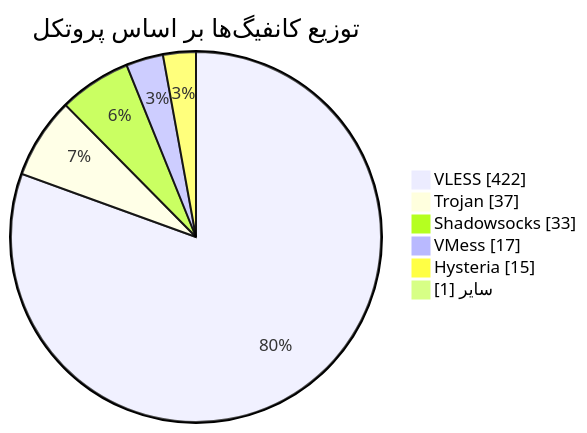
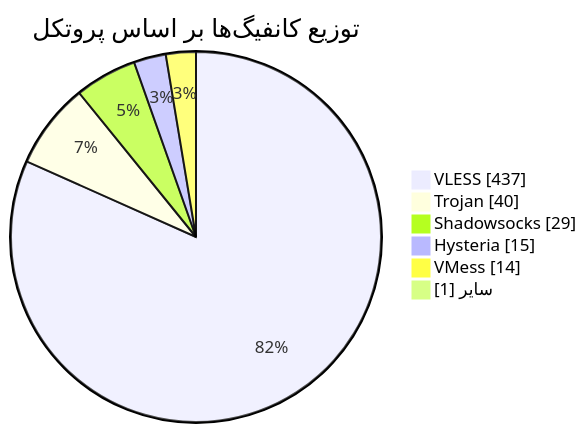
Before and after one commit to Arian-Alijani/Somthing: the diagram in README.md, drawn with Mermaid. The commit also changed other lines of this file and 75 other files, not shown here.

````diff
--- a/README.md
+++ b/README.md
@@ -48,10 +48,10 @@
 ```mermaid
 pie showData
     title توزیع کانفیگ‌ها بر اساس پروتکل
-    "VLESS" : 422
-    "Trojan" : 37
-    "Shadowsocks" : 33
-    "VMess" : 17
+    "VLESS" : 437
+    "Trojan" : 40
+    "Shadowsocks" : 29
     "Hysteria" : 15
+    "VMess" : 14
     "سایر" : 1
 ```
````
